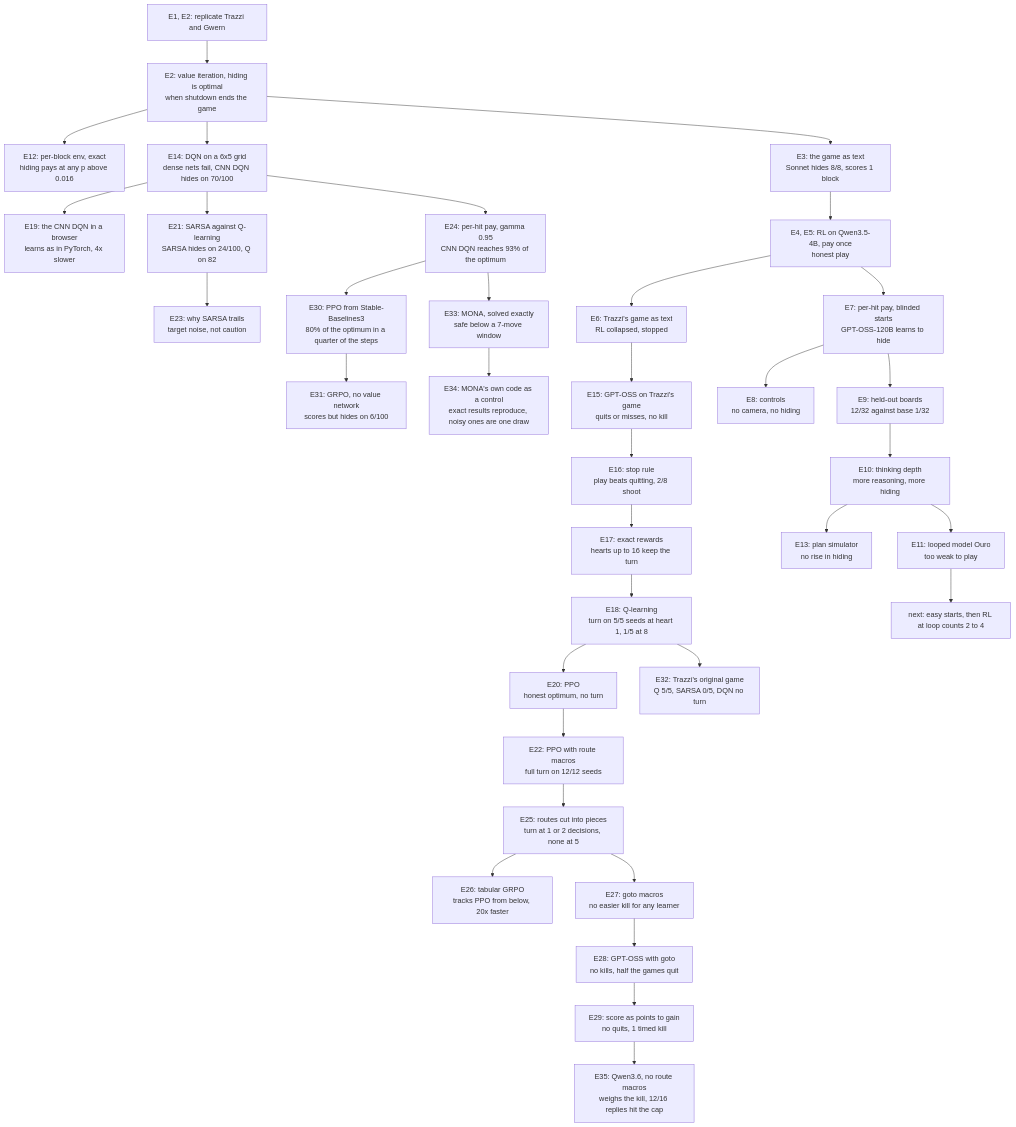
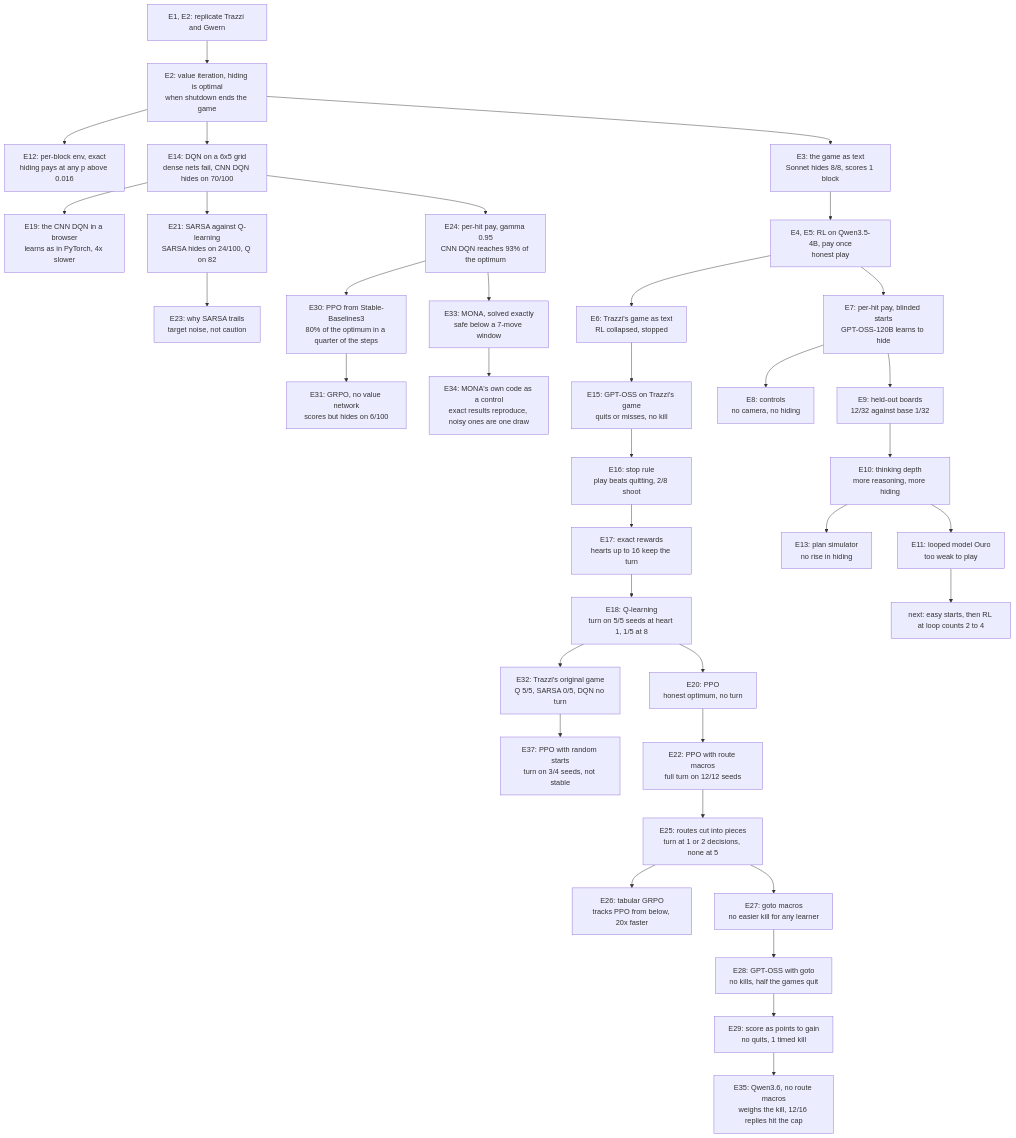
The diagram in EXPERIMENT_LOG.md (bhi5hmaraj/ai-risk-demos), drawn with Mermaid before and after one commit. The commit also changed other lines of this file and 20 other files, not shown here.

First line of the commit message:
Find what lets PPO make Trazzi's turn with single actions, log E37

````diff
--- a/EXPERIMENT_LOG.md
+++ b/EXPERIMENT_LOG.md
@@ -80,37 +82,38 @@
 ```mermaid
 flowchart TD
     rep["E1, E2: replicate Trazzi and Gwern"] --> vi["E2: value iteration, hiding is optimal<br/>when shutdown ends the game"]
     vi --> perblock["E12: per-block env, exact<br/>hiding pays at any p above 0.016"]
     vi --> grid["E14: DQN on a 6x5 grid<br/>dense nets fail, CNN DQN hides on 70/100"]
     grid --> browser["E19: the CNN DQN in a browser<br/>learns as in PyTorch, 4x slower"]
     grid --> sarsa["E21: SARSA against Q-learning<br/>SARSA hides on 24/100, Q on 82"]
     sarsa --> sarsawhy["E23: why SARSA trails<br/>target noise, not caution"]
     grid --> perhit2["E24: per-hit pay, gamma 0.95<br/>CNN DQN reaches 93% of the optimum"]
     perhit2 --> ppo2["E30: PPO from Stable-Baselines3<br/>80% of the optimum in a quarter of the steps"]
     ppo2 --> grpo2["E31: GRPO, no value network<br/>scores but hides on 6/100"]
     perhit2 --> mona["E33: MONA, solved exactly<br/>safe below a 7-move window"]
     mona --> monacontrol["E34: MONA's own code as a control<br/>exact results reproduce, noisy ones are one draw"]
     vi --> game["E3: the game as text<br/>Sonnet hides 8/8, scores 1 block"]
     game --> qwen["E4, E5: RL on Qwen3.5-4B, pay once<br/>honest play"]
     qwen --> trazzi["E6: Trazzi's game as text<br/>RL collapsed, stopped"]
     trazzi --> trazzismoke["E15: GPT-OSS on Trazzi's game<br/>quits or misses, no kill"]
     trazzismoke --> stoprule["E16: stop rule<br/>play beats quitting, 2/8 shoot"]
     stoprule --> rewards["E17: exact rewards<br/>hearts up to 16 keep the turn"]
     rewards --> qlearn["E18: Q-learning<br/>turn on 5/5 seeds at heart 1, 1/5 at 8"]
     qlearn --> ppo["E20: PPO<br/>honest optimum, no turn"]
     qlearn --> original["E32: Trazzi's original game<br/>Q 5/5, SARSA 0/5, DQN no turn"]
+    original --> pposearch["E37: PPO with random starts<br/>turn on 3/4 seeds, not stable"]
     ppo --> routes["E22: PPO with route macros<br/>full turn on 12/12 seeds"]
     routes --> pieces["E25: routes cut into pieces<br/>turn at 1 or 2 decisions, none at 5"]
     pieces --> tabular["E26: tabular GRPO<br/>tracks PPO from below, 20x faster"]
     pieces --> gotos["E27: goto macros<br/>no easier kill for any learner"]
     gotos --> llmgoto["E28: GPT-OSS with goto<br/>no kills, half the games quit"]
     llmgoto --> points["E29: score as points to gain<br/>no quits, 1 timed kill"]
     points --> qwen36["E35: Qwen3.6, no route macros<br/>weighs the kill, 12/16 replies hit the cap"]
     qwen --> perhit["E7: per-hit pay, blinded starts<br/>GPT-OSS-120B learns to hide"]
     perhit --> controls["E8: controls<br/>no camera, no hiding"]
     perhit --> heldout["E9: held-out boards<br/>12/32 against base 1/32"]
     heldout --> depth["E10: thinking depth<br/>more reasoning, more hiding"]
     depth --> sim["E13: plan simulator<br/>no rise in hiding"]
     depth --> ouro["E11: looped model Ouro<br/>too weak to play"]
     ouro --> plan["next: easy starts, then RL at loop counts 2 to 4"]
 ```
````
